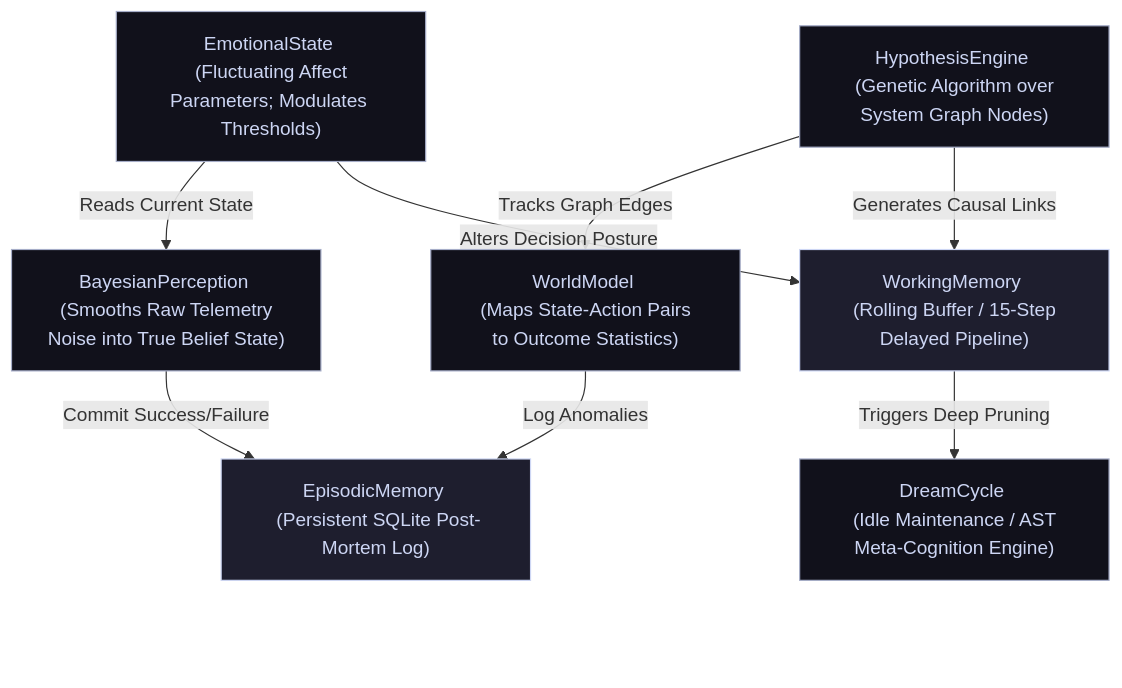
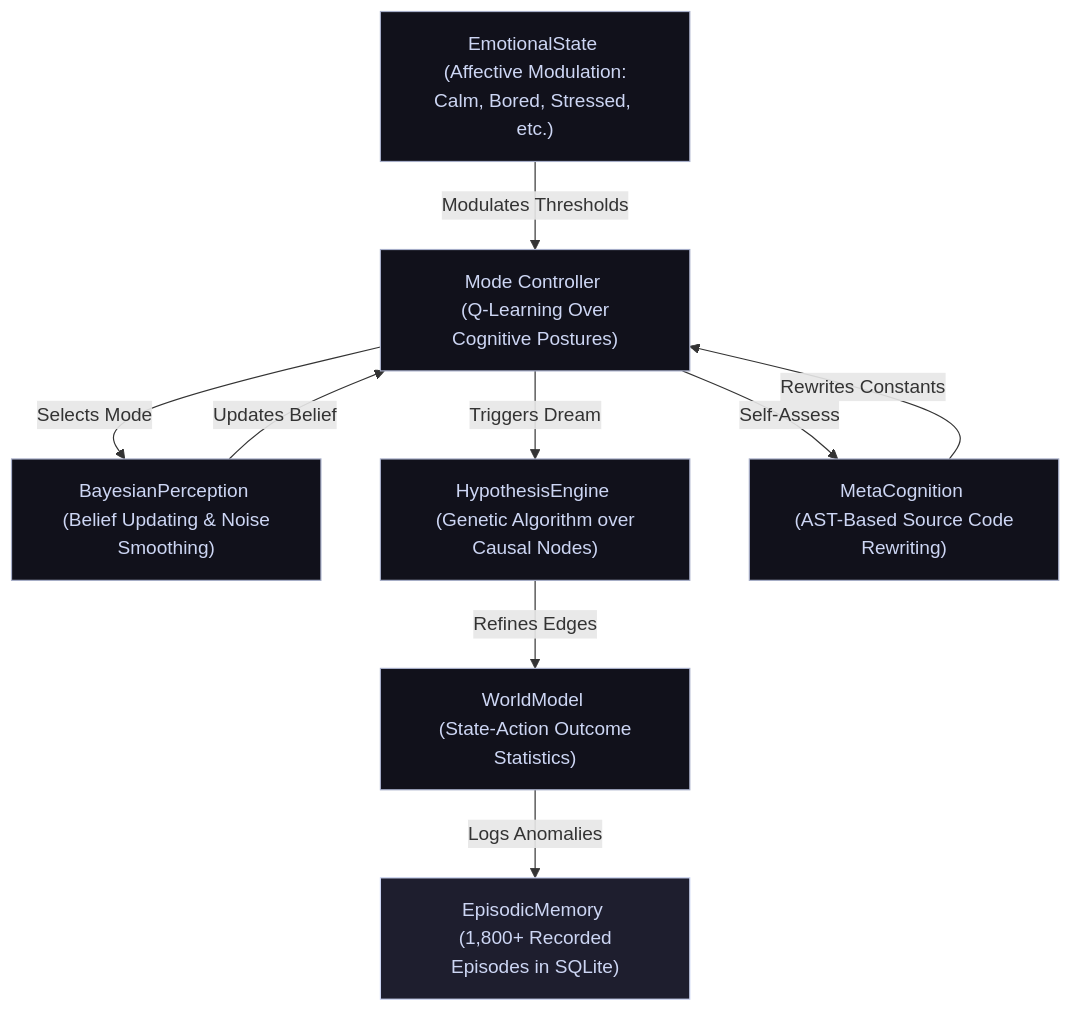
The diagram in README.md (mematron/Minuet), drawn with Mermaid before and after one commit. The commit also changed other lines of this file, not shown here.

````diff
--- a/README.md
+++ b/README.md
@@ -38,29 +33,24 @@
 ```mermaid
 graph TD
     %% Styling Configuration
     classDef default fill:#11111b,stroke:#a6adc8,stroke-width:1px,color:#cdd6f4;
     classDef memory fill:#1e1e2e,stroke:#cdd6f4,stroke-width:1px,color:#cdd6f4;
     
-    EpisodicMemory["EpisodicMemory <br/> (Persistent SQLite Post-Mortem Log)"]:::memory
-    BayesianPerception["BayesianPerception <br/> (Smooths Raw Telemetry Noise into True Belief State)"]
-    WorldModel["WorldModel <br/> (Maps State-Action Pairs to Outcome Statistics)"]
-    EmotionalState["EmotionalState <br/> (Fluctuating Affect Parameters; Modulates Thresholds)"]
-    HypothesisEngine["HypothesisEngine <br/> (Genetic Algorithm over System Graph Nodes)"]
-    WorkingMemory["WorkingMemory <br/> (Rolling Buffer / 15-Step Delayed Pipeline)"]:::memory
-    DreamCycle["DreamCycle <br/> (Idle Maintenance / AST Meta-Cognition Engine)"]
-    Padding[" "]:::invisible
-
-    %% Cognitive Framework Interconnections
-    BayesianPerception -->|Commit Success/Failure| EpisodicMemory
-    WorldModel -->|Log Anomalies| EpisodicMemory
-    EmotionalState -->|Reads Current State| BayesianPerception
-    HypothesisEngine -->|Tracks Graph Edges| WorldModel
-    HypothesisEngine -->|Generates Causal Links| WorkingMemory
-    EmotionalState -->|Alters Decision Posture| WorkingMemory
-    WorkingMemory -->|Triggers Deep Pruning| DreamCycle
-    DreamCycle ~~~ Padding
-
-    classDef invisible fill:none,stroke:none,color:#0000;
-    linkStyle 7 stroke:none,stroke-width:0px;
-
+    ModeController["Mode Controller <br/> (Q-Learning Over Cognitive Postures)"]
+    EpisodicMemory["EpisodicMemory <br/> (1,800+ Recorded Episodes in SQLite)"]:::memory
+    BayesianPerception["BayesianPerception <br/> (Belief Updating & Noise Smoothing)"]
+    WorldModel["WorldModel <br/> (State-Action Outcome Statistics)"]
+    EmotionalState["EmotionalState <br/> (Affective Modulation: Calm, Bored, Stressed, etc.)"]
+    HypothesisEngine["HypothesisEngine <br/> (Genetic Algorithm over Causal Nodes)"]
+    MetaCognition["MetaCognition <br/> (AST-Based Source Code Rewriting)"]
+    
+    %% Interconnections
+    ModeController -->|Selects Mode| BayesianPerception
+    BayesianPerception -->|Updates Belief| ModeController
+    EmotionalState -->|Modulates Thresholds| ModeController
+    ModeController -->|Triggers Dream| HypothesisEngine
+    HypothesisEngine -->|Refines Edges| WorldModel
+    WorldModel -->|Logs Anomalies| EpisodicMemory
+    ModeController -->|Self-Assess| MetaCognition
+    MetaCognition -->|Rewrites Constants| ModeController
 ```
````
